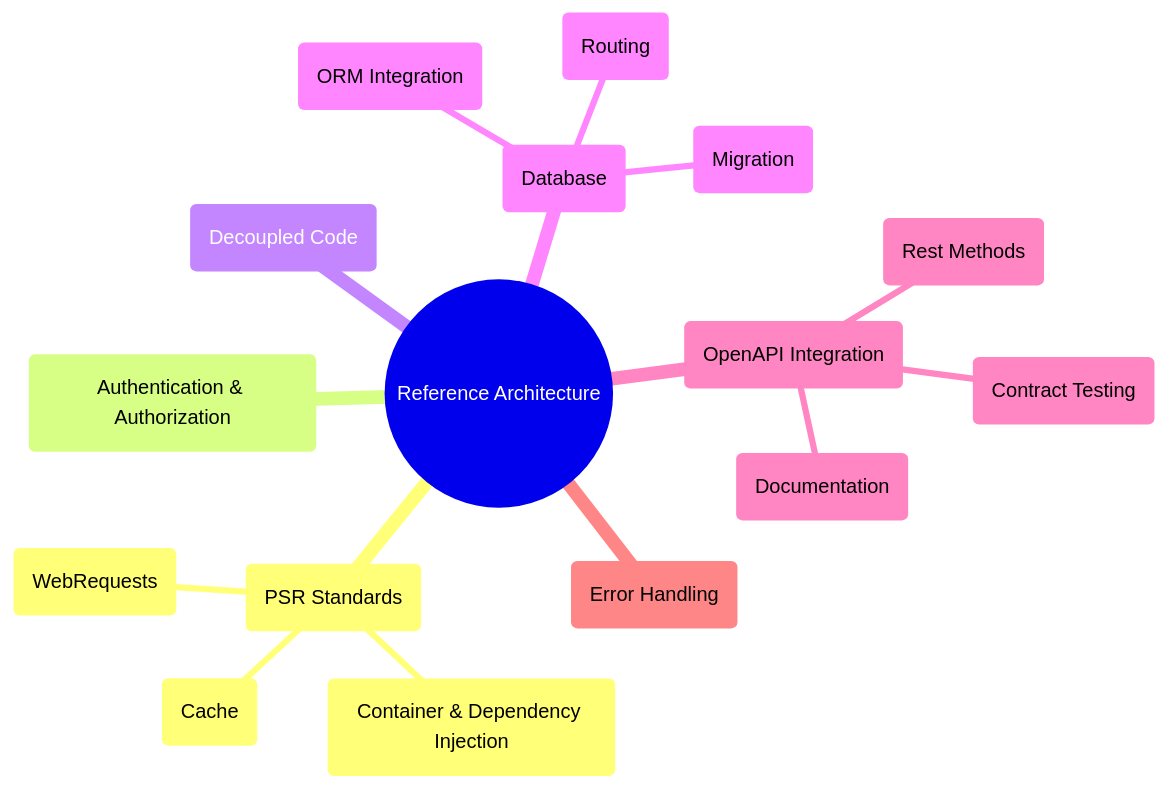
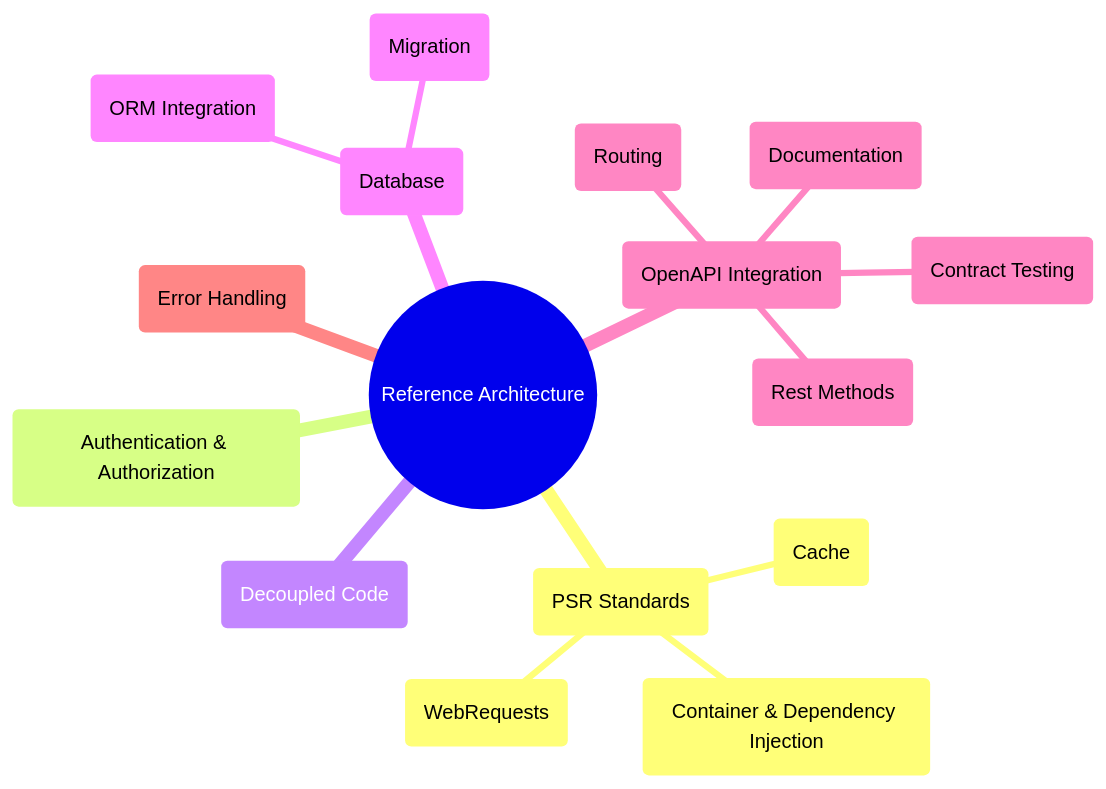
The diagram in README.md (byjg/php-rest-reference-architecture), drawn with Mermaid before and after one commit. The commit also changed other lines of this file and 34 other files, not shown here.

````diff
--- a/README.md
+++ b/README.md
@@ -45,19 +39,19 @@
 ```mermaid
 mindmap
   (("Reference Architecture"))
     ("PSR Standards")
       ("WebRequests")
       ("Container & Dependency Injection")
       ("Cache")
     ("Authentication & Authorization")
     ("Decoupled Code")
     ("Database")
       ("ORM Integration")
       ("Migration")
+    ("OpenAPI Integration")
       ("Routing")
-    ("OpenAPI Integration")
       ("Rest Methods")
       ("Contract Testing")
       ("Documentation")
     ("Error Handling")
 ```
````
